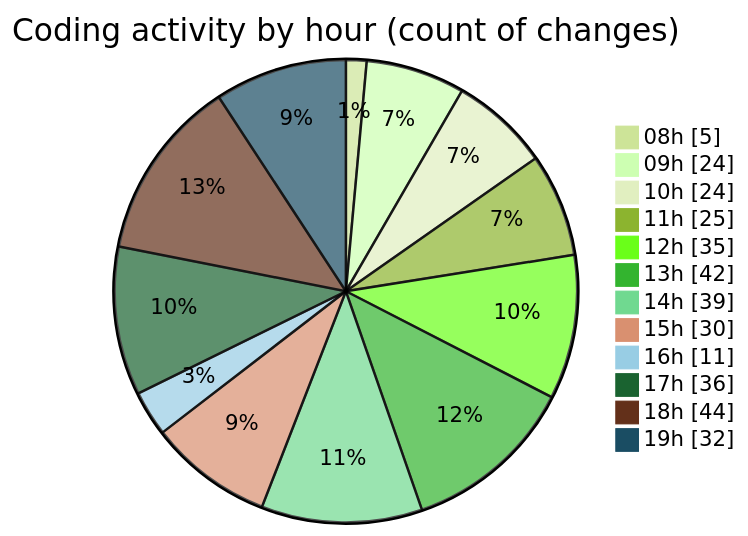
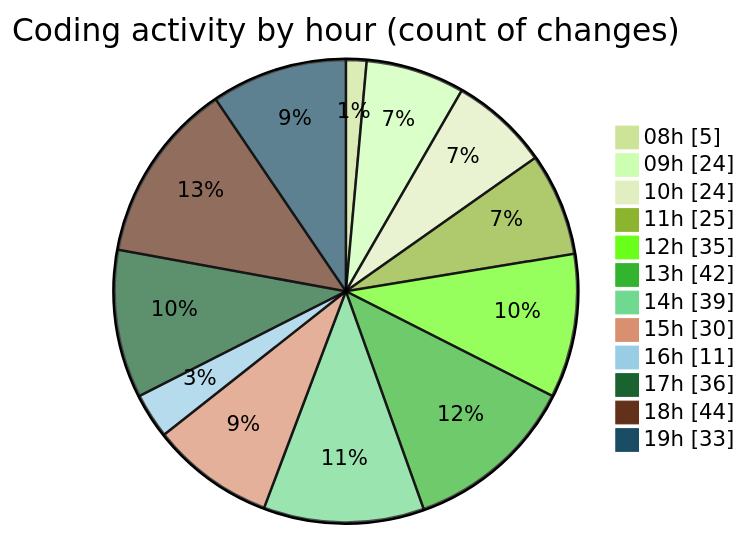
Before and after one commit to momahboobian/code-tracking: the second of 2 diagrams in 2025-11-24/cda/README.md, drawn with Mermaid (forest theme). The commit also changed other lines of this file and 1 other file, not shown here.

````diff
--- a/2025-11-24/cda/README.md
+++ b/2025-11-24/cda/README.md
@@ -49,16 +49,16 @@
 ```mermaid
 pie showData
 title Coding activity by hour (count of changes)
 "08h" : 5
 "09h" : 24
 "10h" : 24
 "11h" : 25
 "12h" : 35
 "13h" : 42
 "14h" : 39
 "15h" : 30
 "16h" : 11
 "17h" : 36
 "18h" : 44
-"19h" : 32
+"19h" : 33
 ```
````
